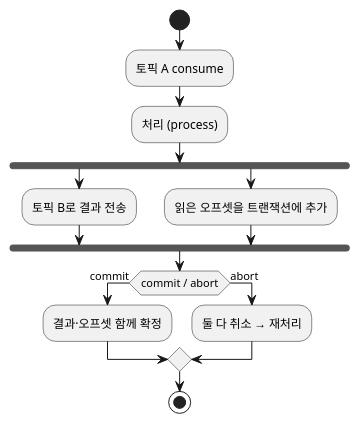
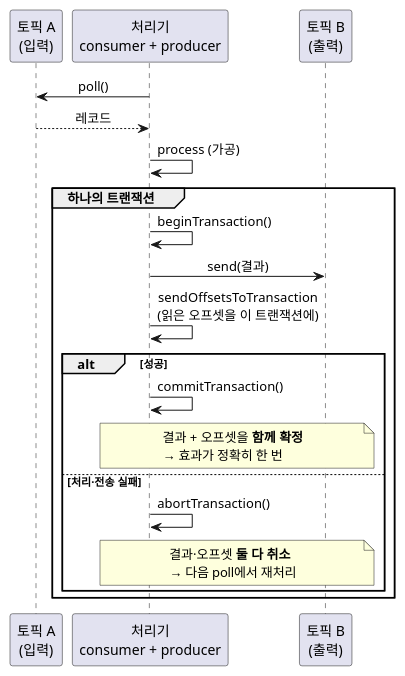
The second of 6 diagrams in blog/2026-08-18-kafka-transactions-exactly-once.mdx (johnycho/johny-dev), drawn with PlantUML before and after one commit. The commit also changed other lines of this file and 46 other files, not shown here.

First line of the commit message:
kafka EOS 글 전면 개선(세 질문 구조·다이어그램 6개) + 지양어 다수 순화·규칙 강화

````diff
--- a/blog/2026-08-18-kafka-transactions-exactly-once.mdx
+++ b/blog/2026-08-18-kafka-transactions-exactly-once.mdx
@@ -29,18 +84,27 @@
 ```plantuml
 @startuml
-start
-:토픽 A consume;
-:처리 (process);
-fork
-  :토픽 B로 결과 전송;
-fork again
-  :읽은 오프셋을 트랜잭션에 추가;
-end fork
-if (commit / abort) then (commit)
-  :결과·오프셋 함께 확정;
-else (abort)
-  :둘 다 취소 → 재처리;
-endif
-stop
+skinparam shadowing false
+skinparam DefaultFontName sans-serif
+skinparam sequenceMessageAlign center
+participant "토픽 A\n(입력)" as A
+participant "처리기\nconsumer + producer" as App
+participant "토픽 B\n(출력)" as B
+
+App -> A : poll()
+A --> App : 레코드
+App -> App : process (가공)
+
+group 하나의 트랜잭션
+  App -> App : beginTransaction()
+  App -> B : send(결과)
+  App -> App : sendOffsetsToTransaction\n(읽은 오프셋을 이 트랜잭션에)
+  alt 성공
+    App -> App : commitTransaction()
+    note over App, B : 결과 + 오프셋을 **함께 확정**\n→ 효과가 정확히 한 번
+  else 처리·전송 실패
+    App -> App : abortTransaction()
+    note over App, B : 결과·오프셋 **둘 다 취소**\n→ 다음 poll에서 재처리
+  end
+end
 @enduml
 ```
````
